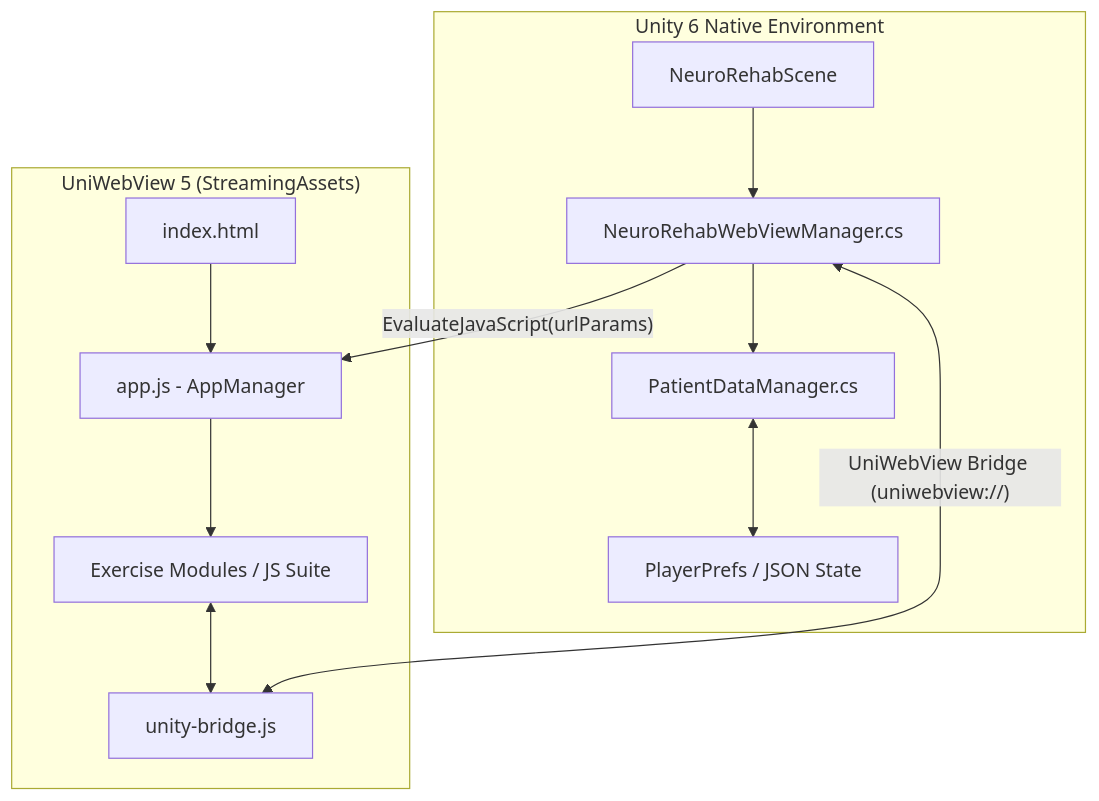
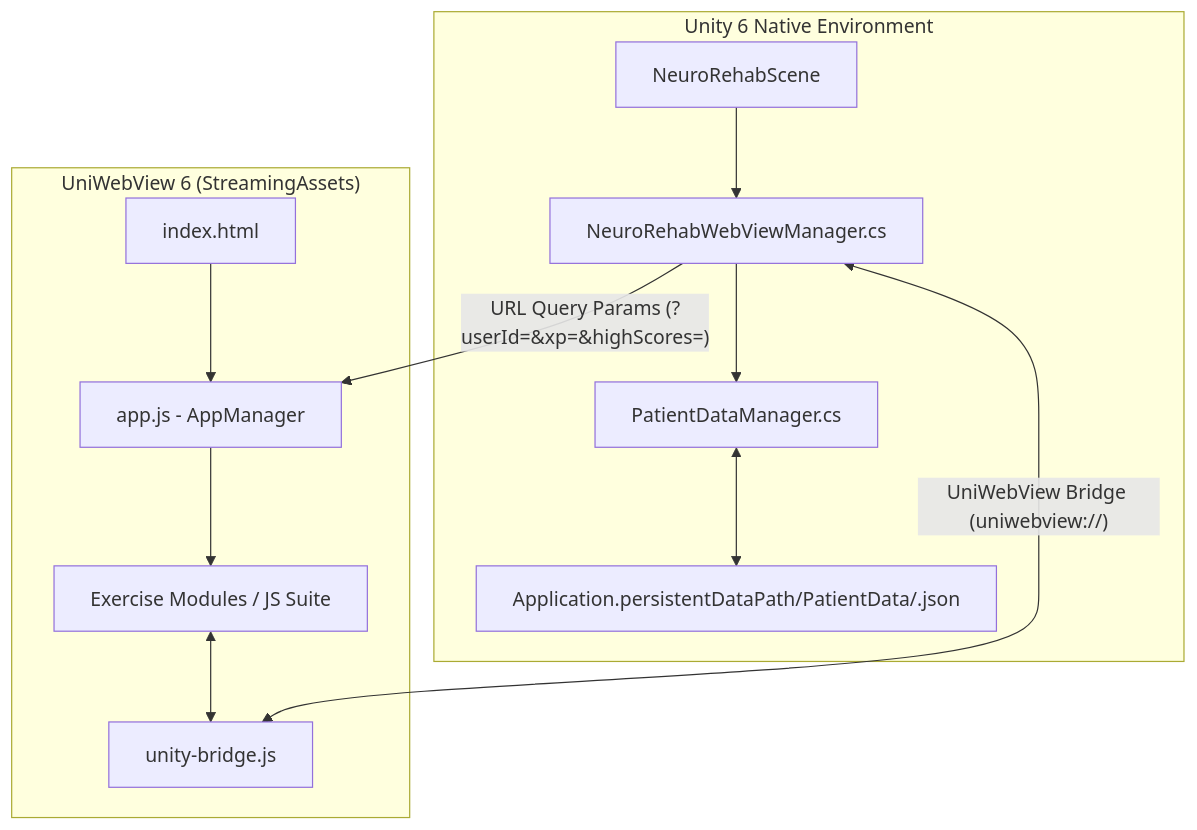
Before and after one commit to Akshayykadam/NeuroRehab-Cognitive-Therapy-Portal-Unity: the diagram in README.md, drawn with Mermaid. The commit also changed other lines of this file, not shown here.

Commit message:
refactor: upgrade to UniWebView 6 and implement per-user JSON file storage for patient data management

````diff
--- a/README.md
+++ b/README.md
@@ -41,17 +41,17 @@
 ```mermaid
 flowchart TD
     subgraph Unity ["Unity 6 Native Environment"]
         A[NeuroRehabScene] --> B[NeuroRehabWebViewManager.cs]
         B --> C[PatientDataManager.cs]
-        C <--> D[PlayerPrefs / JSON State]
+        C <--> D["Application.persistentDataPath/PatientData/<userId>.json"]
     end
 
-    subgraph WebView ["UniWebView 5 (StreamingAssets)"]
+    subgraph WebView ["UniWebView 6 (StreamingAssets)"]
         E[index.html] --> F[app.js - AppManager]
         F --> G[Exercise Modules / JS Suite]
         G <--> H[unity-bridge.js]
     end
 
     B <--"UniWebView Bridge (uniwebview://)"--> H
-    B --"EvaluateJavaScript(urlParams)"--> F
+    B --"URL Query Params (?userId=&xp=&highScores=)"--> F
 ```
````
